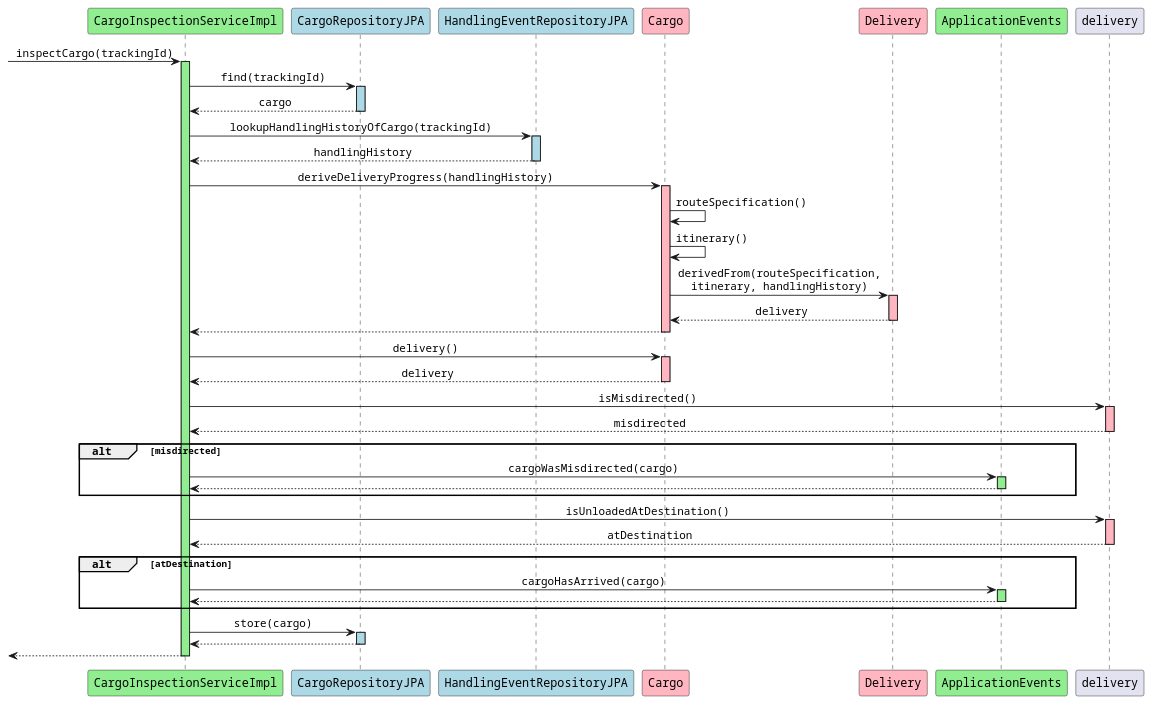
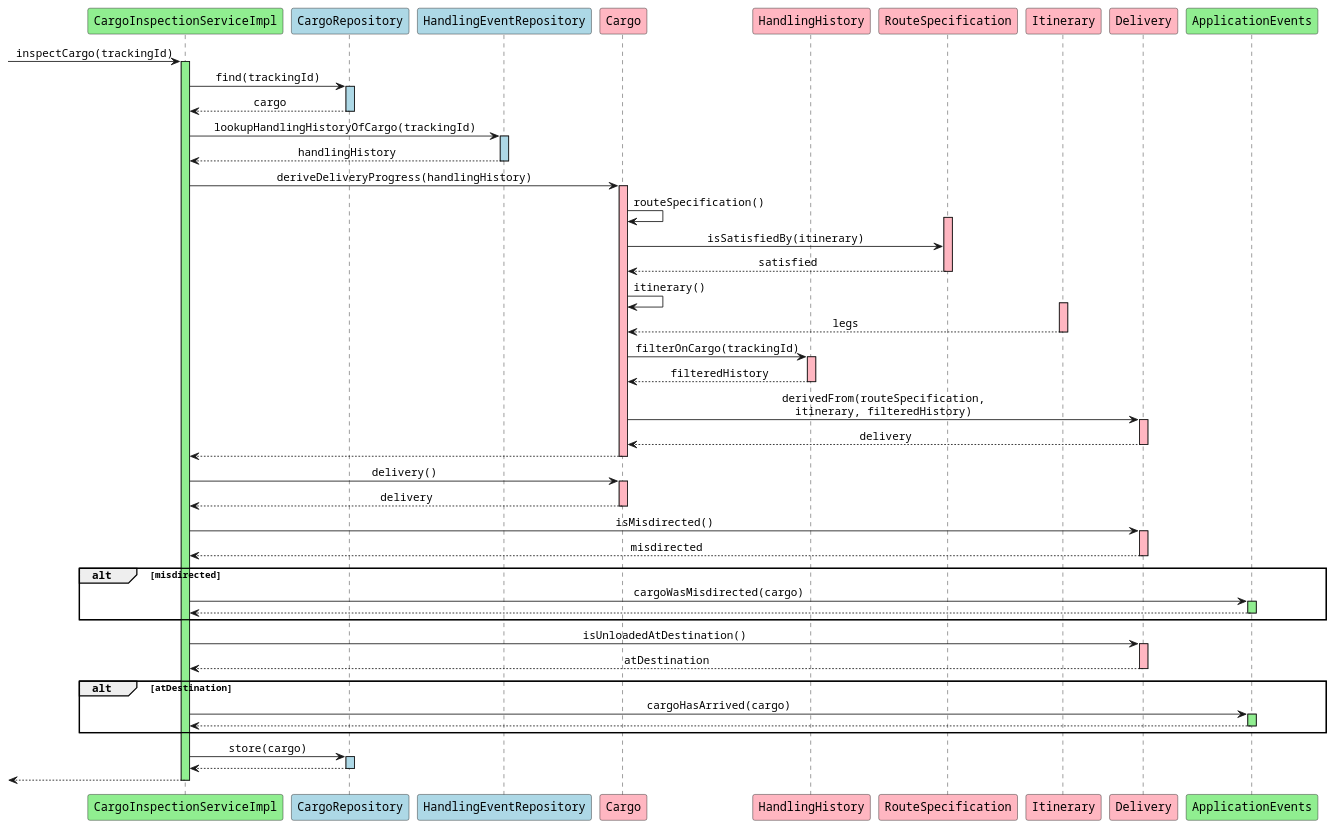
One commit to aowss/dddsample-core changed the diagram in diagrams/CargoInspectionServiceImpl_inspectCargo.puml. Above: the diagram before and after it, drawn with PlantUML. The commit also changed 477 other files, not shown here.

```diff
--- a/diagrams/CargoInspectionServiceImpl_inspectCargo.puml
+++ b/diagrams/CargoInspectionServiceImpl_inspectCargo.puml
@@ -1,77 +1,93 @@
 @startuml
 skinparam monochrome false
 skinparam defaultFontName Courier
 skinparam sequenceMessageAlign center
 
 participant "CargoInspectionServiceImpl" as cis #lightgreen
-participant "CargoRepositoryJPA" as cr #lightblue
-participant "HandlingEventRepositoryJPA" as her #lightblue
+participant "CargoRepository" as cr #lightblue
+participant "HandlingEventRepository" as her #lightblue
 participant "Cargo" as c #lightpink
+participant "HandlingHistory" as hh #lightpink
+participant "RouteSpecification" as rs #lightpink
+participant "Itinerary" as i #lightpink
 participant "Delivery" as d #lightpink
 participant "ApplicationEvents" as ae #lightgreen
 
 [-> cis: inspectCargo(trackingId)
 activate cis #lightgreen
 
 cis -> cr: find(trackingId)
 activate cr #lightblue
 cr --> cis: cargo
 deactivate cr
 
 cis -> her: lookupHandlingHistoryOfCargo(trackingId)
 activate her #lightblue
 her --> cis: handlingHistory
 deactivate her
 
 cis -> c: deriveDeliveryProgress(handlingHistory)
 activate c #lightpink
 
 c -> c: routeSpecification()
+activate rs #lightpink
+c -> rs: isSatisfiedBy(itinerary)
+rs --> c: satisfied
+deactivate rs
+
 c -> c: itinerary()
+activate i #lightpink
+i --> c: legs
+deactivate i
 
-c -> d: derivedFrom(routeSpecification,\nitinerary, handlingHistory)
+c -> hh: filterOnCargo(trackingId)
+activate hh #lightpink
+hh --> c: filteredHistory
+deactivate hh
+
+c -> d: derivedFrom(routeSpecification,\nitinerary, filteredHistory)
 activate d #lightpink
 d --> c: delivery
 deactivate d
 
 c --> cis
 deactivate c
 
 cis -> c: delivery()
 activate c #lightpink
 c --> cis: delivery
 deactivate c
 
-cis -> delivery: isMisdirected()
-activate delivery #lightpink
-delivery --> cis: misdirected
-deactivate delivery
+cis -> d: isMisdirected()
+activate d #lightpink
+d --> cis: misdirected
+deactivate d
 
 alt misdirected
     cis -> ae: cargoWasMisdirected(cargo)
     activate ae #lightgreen
     ae --> cis
     deactivate ae
 end
 
-cis -> delivery: isUnloadedAtDestination()
-activate delivery #lightpink
-delivery --> cis: atDestination
-deactivate delivery
+cis -> d: isUnloadedAtDestination()
+activate d #lightpink
+d --> cis: atDestination
+deactivate d
 
 alt atDestination
     cis -> ae: cargoHasArrived(cargo)
     activate ae #lightgreen
     ae --> cis
     deactivate ae
 end
 
 cis -> cr: store(cargo)
 activate cr #lightblue
 cr --> cis
 deactivate cr
 
 [<-- cis
 deactivate cis
 
 @enduml 
```
